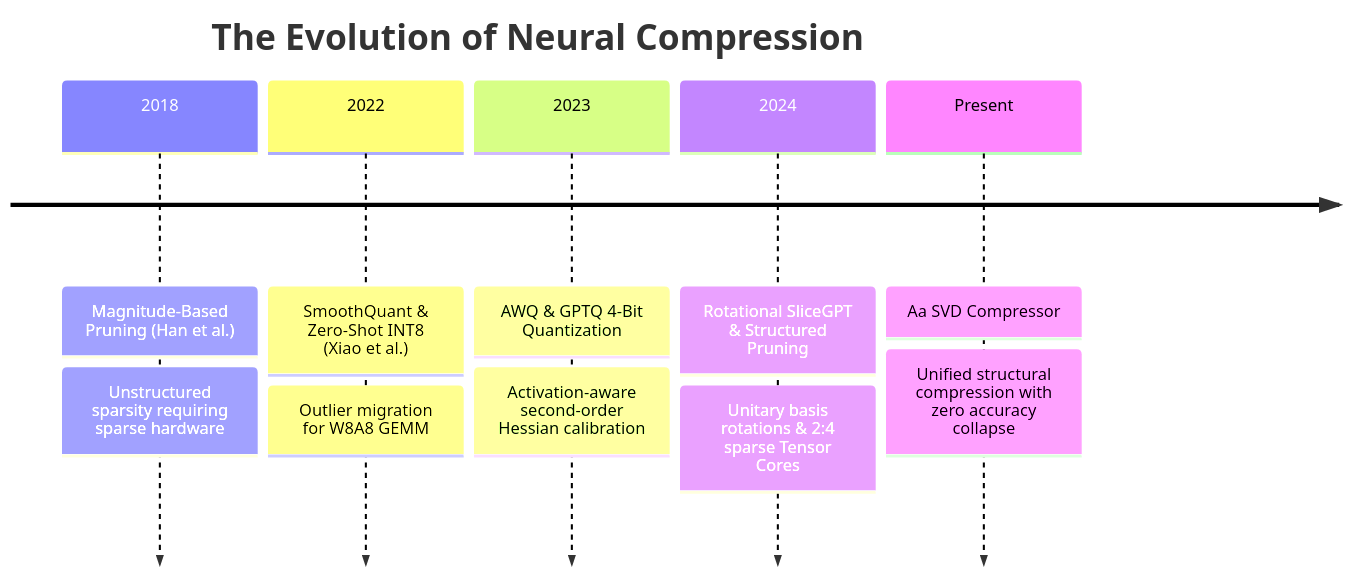
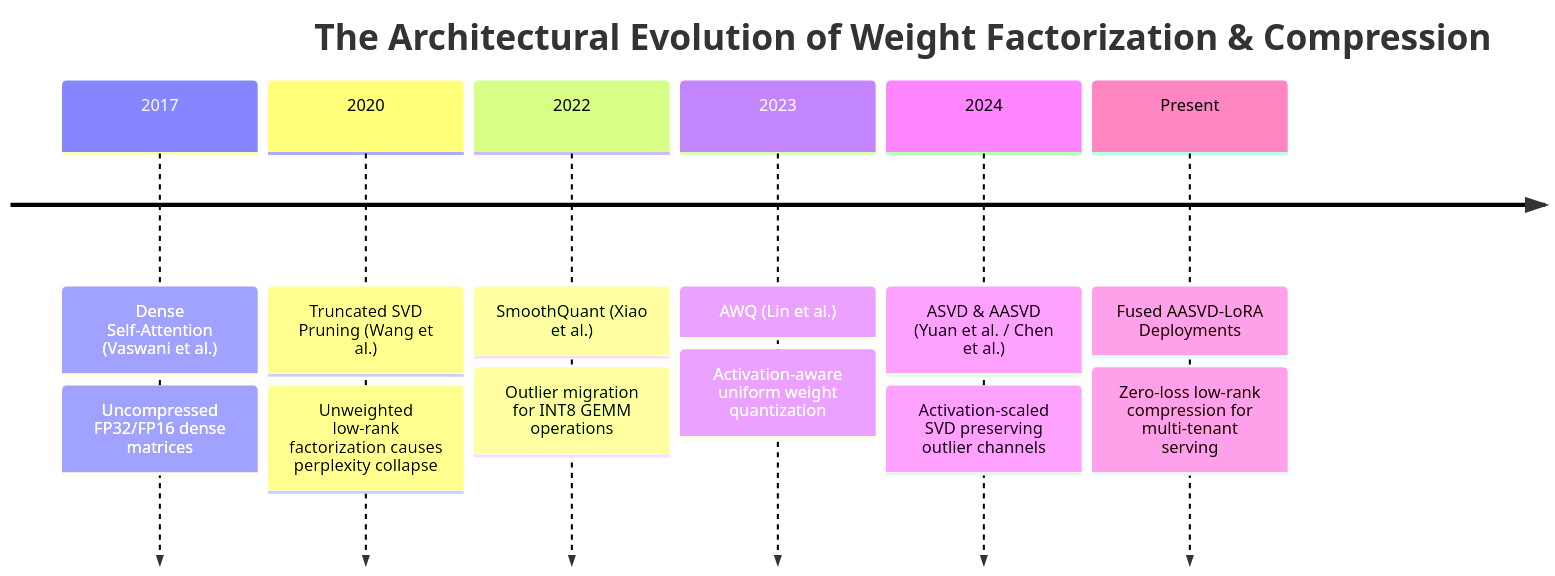
One commit to tahamajs/NeuralOps changed the second of 3 diagrams in Docs/content/compressions_blog/aa_svd_compressor_blog.md. Above: the diagram before and after it, drawn with Mermaid. The commit also changed other lines of this file and 19 other files, not shown here.

````diff
--- a/Docs/content/compressions_blog/aa_svd_compressor_blog.md
+++ b/Docs/content/compressions_blog/aa_svd_compressor_blog.md
@@ -56,9 +88,10 @@
 ```mermaid
 timeline
-    title The Evolution of Neural Compression
-    2018 : Magnitude-Based Pruning (Han et al.) : Unstructured sparsity requiring sparse hardware
-    2022 : SmoothQuant & Zero-Shot INT8 (Xiao et al.) : Outlier migration for W8A8 GEMM
-    2023 : AWQ & GPTQ 4-Bit Quantization : Activation-aware second-order Hessian calibration
-    2024 : Rotational SliceGPT & Structured Pruning : Unitary basis rotations & 2:4 sparse Tensor Cores
-    Present : Aa SVD Compressor : Unified structural compression with zero accuracy collapse
+    title The Architectural Evolution of Weight Factorization & Compression
+    2017 : Dense Self-Attention (Vaswani et al.) : Uncompressed FP32/FP16 dense matrices
+    2020 : Truncated SVD Pruning (Wang et al.) : Unweighted low-rank factorization causes perplexity collapse
+    2022 : SmoothQuant (Xiao et al.) : Outlier migration for INT8 GEMM operations
+    2023 : AWQ (Lin et al.) : Activation-aware uniform weight quantization
+    2024 : ASVD & AASVD (Yuan et al. / Chen et al.) : Activation-scaled SVD preserving outlier channels
+    Present : Fused AASVD-LoRA Deployments : Zero-loss low-rank compression for multi-tenant serving
 ```
````
